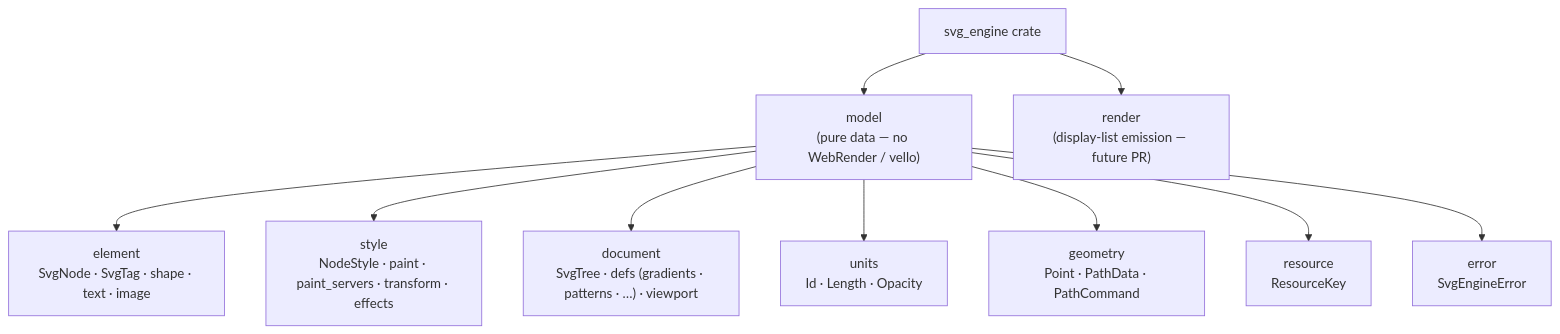
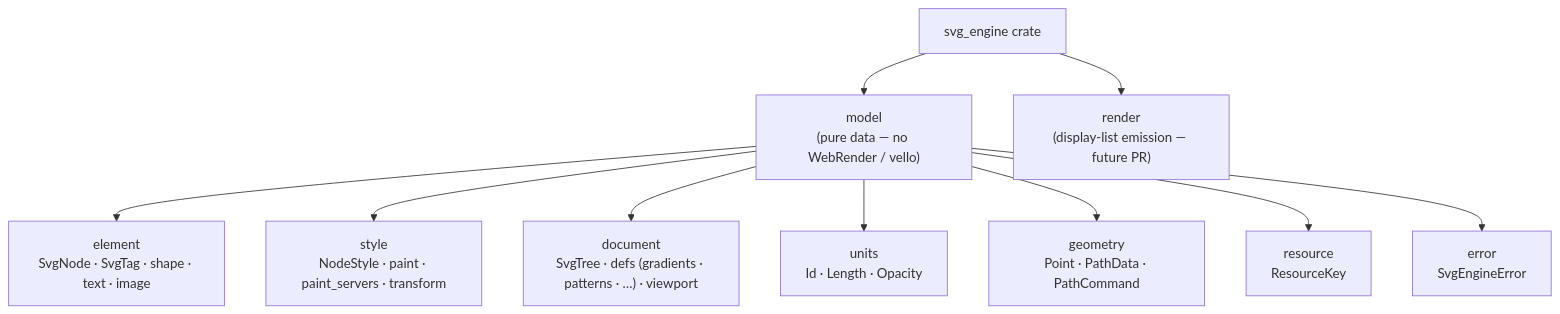
The first of 17 diagrams in svg-engine-data-model.md (mu-mostafa98/servo), drawn with Mermaid before and after one commit. The commit also changed other lines of this file and 9 other files, not shown here.

````diff
--- a/svg-engine-data-model.md
+++ b/svg-engine-data-model.md
@@ -31,13 +31,13 @@
 ```mermaid
 flowchart TD
     CE["svg_engine crate"] --> M["model<br/>(pure data — no WebRender / vello)"]
     CE --> R["render<br/>(display-list emission — future PR)"]
 
     M --> E["element<br/>SvgNode · SvgTag · shape · text · image"]
-    M --> S["style<br/>NodeStyle · paint · paint_servers · transform · effects"]
+    M --> S["style<br/>NodeStyle · paint · paint_servers · transform"]
     M --> D["document<br/>SvgTree · defs (gradients · patterns · …) · viewport"]
     M --> U["units<br/>Id · Length · Opacity"]
     M --> G["geometry<br/>Point · PathData · PathCommand"]
     M --> RS["resource<br/>ResourceKey"]
     M --> ER["error<br/>SvgEngineError"]
 ```
````
